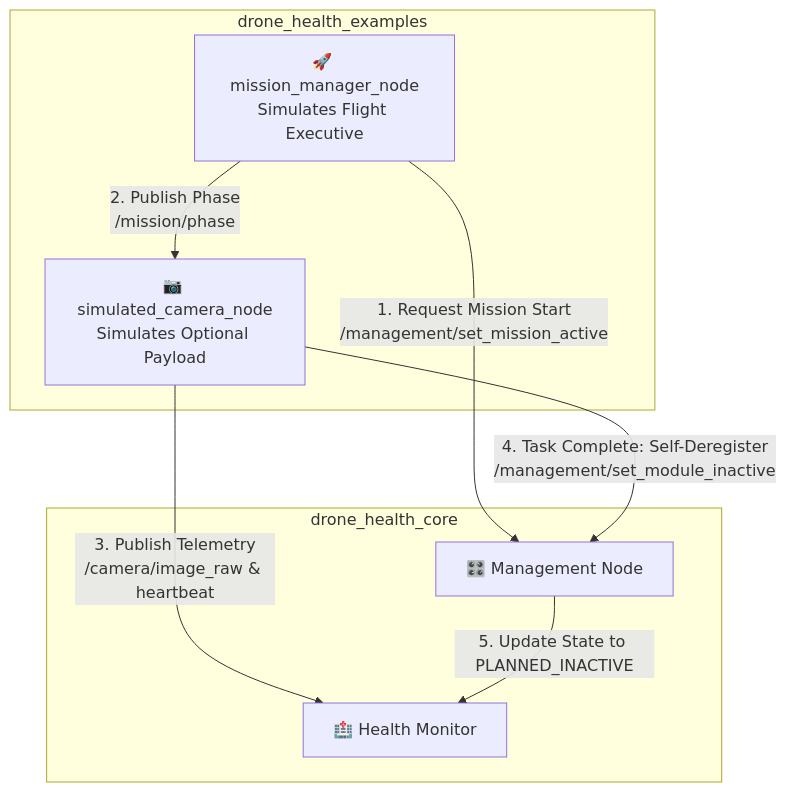
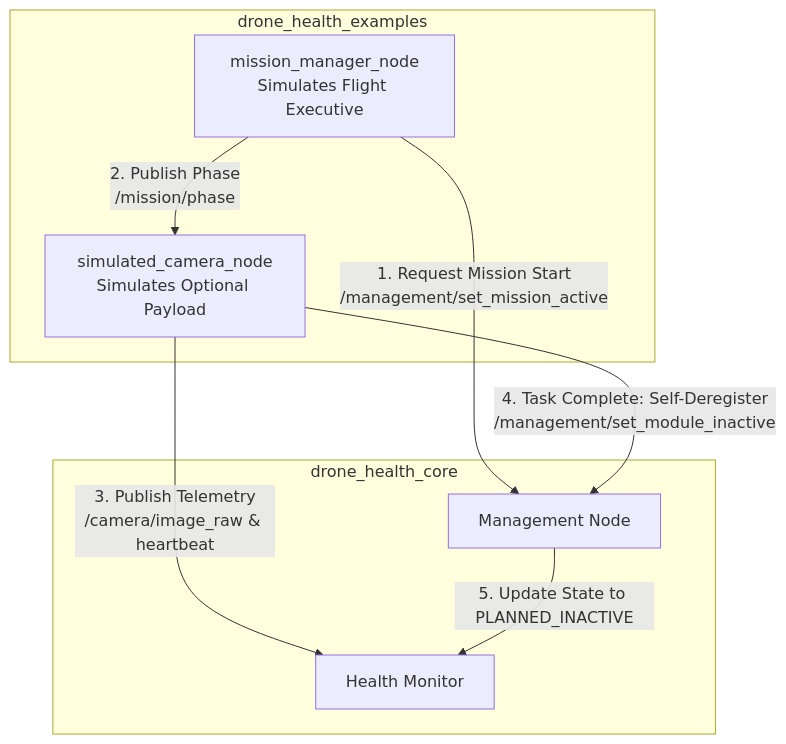
The diagram in src/drone_health_examples/README.md (NILAMATHI1999/drone-health-modular-framework), drawn with Mermaid before and after one commit. The commit also changed other lines of this file, not shown here.

````diff
--- a/src/drone_health_examples/README.md
+++ b/src/drone_health_examples/README.md
@@ -16,20 +16,20 @@
 ```mermaid
 graph TD
     subgraph Core [drone_health_core]
-        MGMT["🎛️ Management Node"]
-        HM["🏥 Health Monitor"]
+        MGMT[" Management Node"]
+        HM[" Health Monitor"]
     end
 
     subgraph Examples [drone_health_examples]
-        MM["🚀 mission_manager_node<br/>Simulates Flight Executive"]
-        CAM["📷 simulated_camera_node<br/>Simulates Optional Payload"]
+        MM[" mission_manager_node<br/>Simulates Flight Executive"]
+        CAM[" simulated_camera_node<br/>Simulates Optional Payload"]
     end
 
     MM -->|1. Request Mission Start<br/>/management/set_mission_active| MGMT
     MM -->|2. Publish Phase<br/>/mission/phase| CAM
     
     CAM -->|3. Publish Telemetry<br/>/camera/image_raw & heartbeat| HM
     CAM -->|4. Task Complete: Self-Deregister<br/>/management/set_module_inactive| MGMT
     
     MGMT -->|5. Update State to PLANNED_INACTIVE| HM
 ```
````
